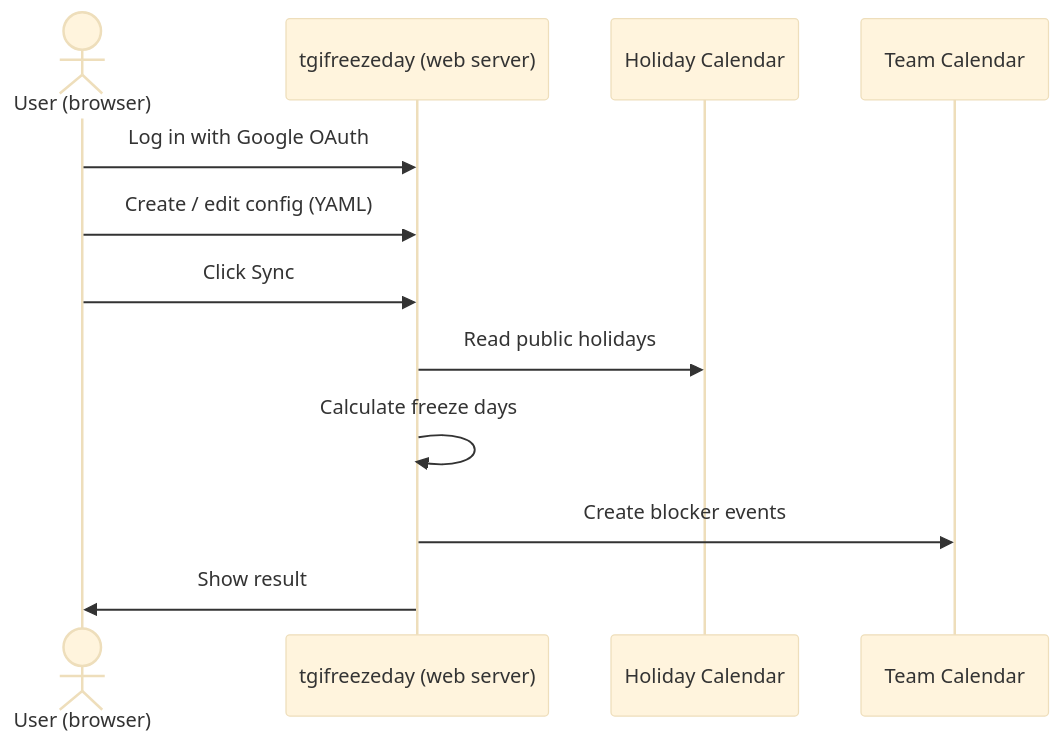
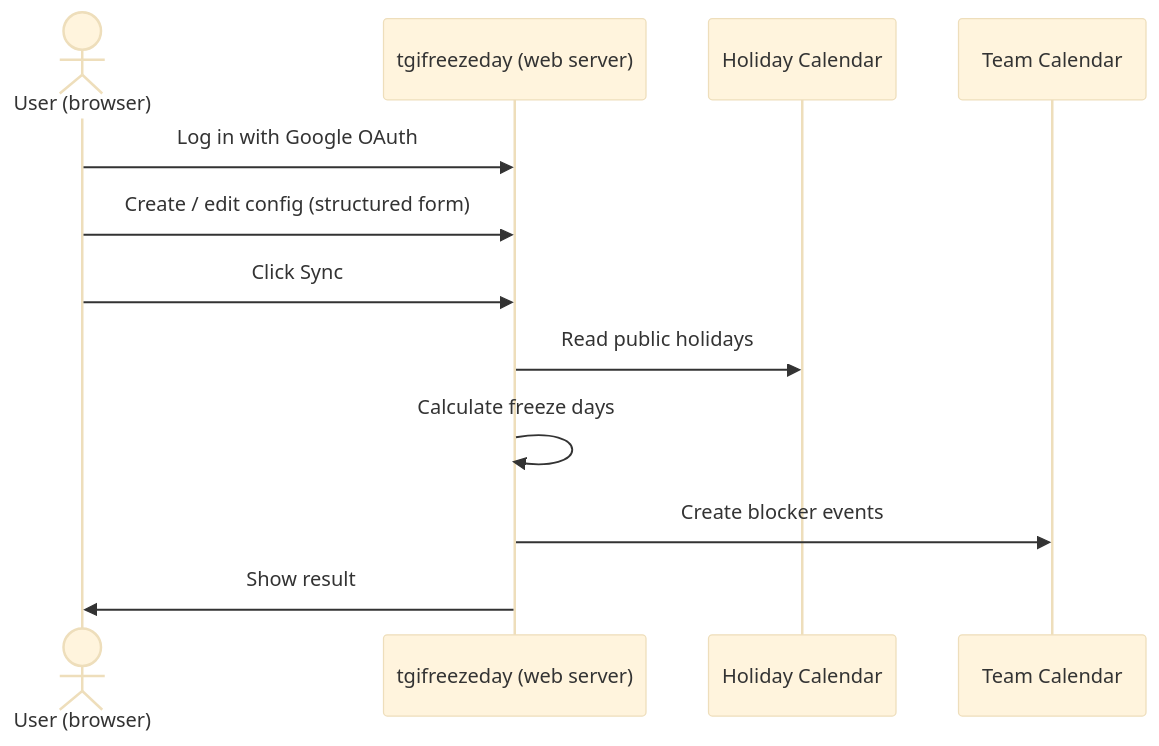
One commit to nvatuan/tgifreezeday changed the diagram in README.md. Above: the diagram before and after it, drawn with Mermaid (base theme). The commit also changed other lines of this file and 13 other files, not shown here.

First line of the commit message:
feat: replace YAML editor with structured form UI for config create/edit (#32)

````diff
--- a/README.md
+++ b/README.md
@@ -20,15 +20,15 @@
 ```mermaid
 sequenceDiagram
     actor User as User (browser)
     participant App as tgifreezeday (web server)
     participant Source as Holiday Calendar
     participant Target as Team Calendar
 
     User->>App: Log in with Google OAuth
-    User->>App: Create / edit config (YAML)
+    User->>App: Create / edit config (structured form)
     User->>App: Click Sync
     App->>Source: Read public holidays
     App->>App: Calculate freeze days
     App->>Target: Create blocker events
     App->>User: Show result
 ```
````
